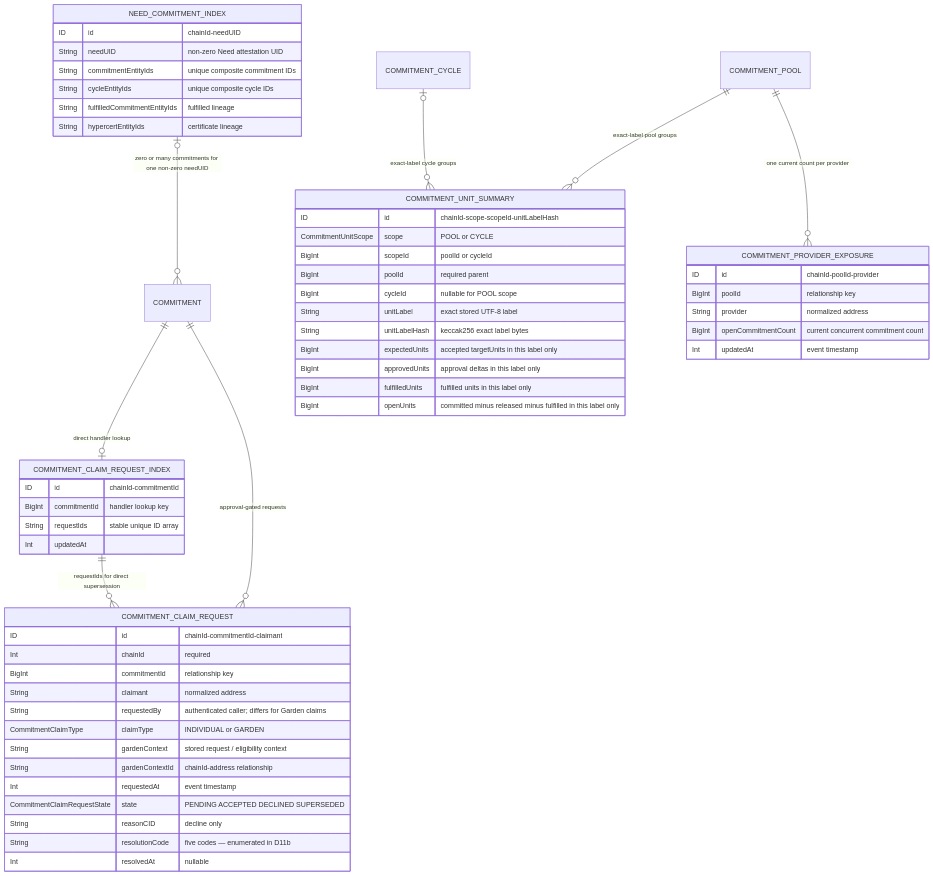
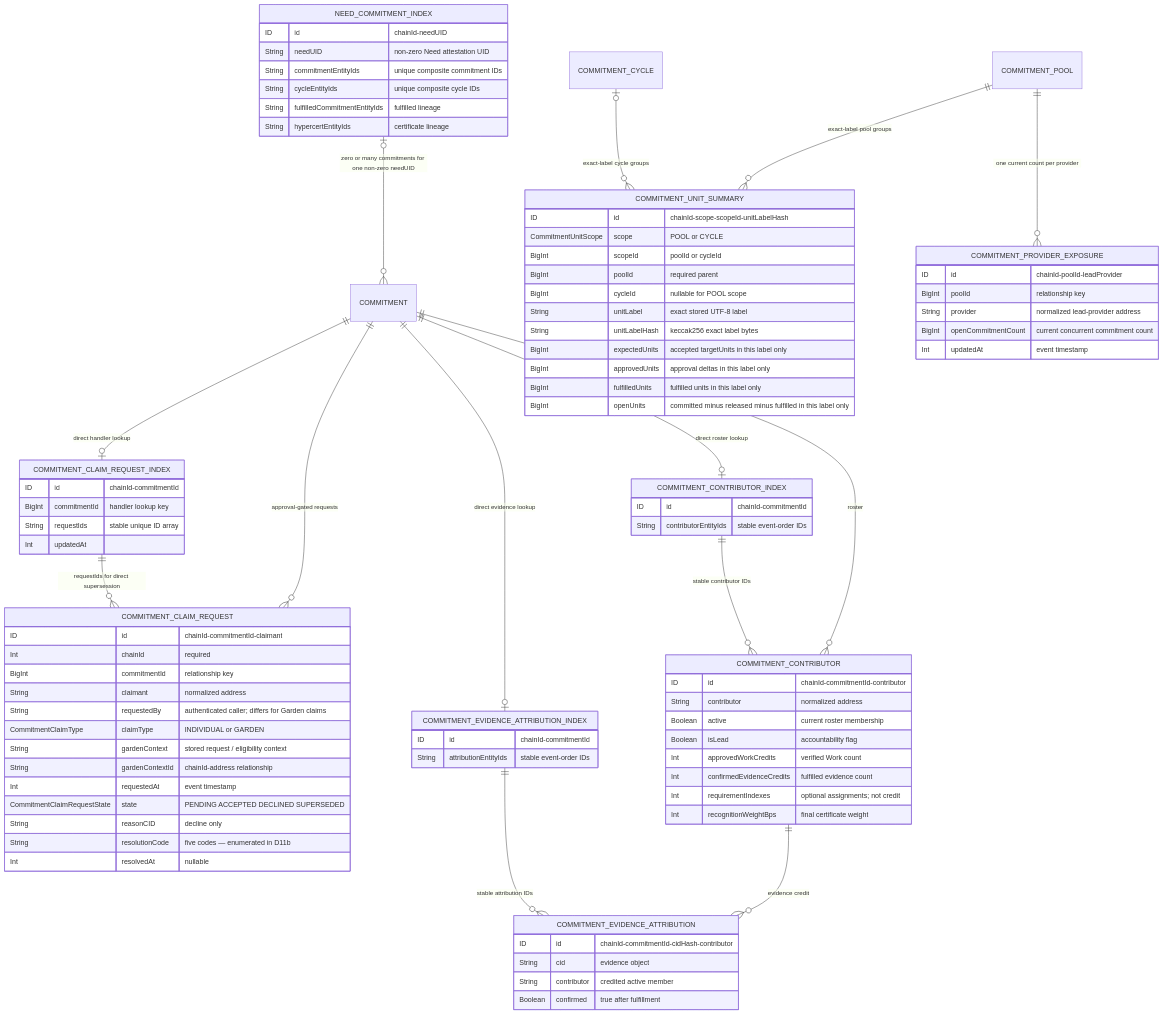
Diagram 16 of 35 in .plans/active/commitment-pooling/diagrams.md (greenpill-dev-guild/green-goods), drawn with Mermaid before and after one commit. The commit also changed other lines of this file and 40 other files, not shown here.

```diff
--- a/.plans/active/commitment-pooling/diagrams.md
+++ b/.plans/active/commitment-pooling/diagrams.md
@@ -764,6 +767,12 @@
   COMMITMENT_POOL ||--o{ COMMITMENT_UNIT_SUMMARY : "exact-label pool groups"
   COMMITMENT_CYCLE |o--o{ COMMITMENT_UNIT_SUMMARY : "exact-label cycle groups"
   COMMITMENT_POOL ||--o{ COMMITMENT_PROVIDER_EXPOSURE : "one current count per provider"
+  COMMITMENT ||--o{ COMMITMENT_CONTRIBUTOR : "roster"
+  COMMITMENT ||--o| COMMITMENT_CONTRIBUTOR_INDEX : "direct roster lookup"
+  COMMITMENT_CONTRIBUTOR_INDEX ||--o{ COMMITMENT_CONTRIBUTOR : "stable contributor IDs"
+  COMMITMENT_CONTRIBUTOR ||--o{ COMMITMENT_EVIDENCE_ATTRIBUTION : "evidence credit"
+  COMMITMENT ||--o| COMMITMENT_EVIDENCE_ATTRIBUTION_INDEX : "direct evidence lookup"
+  COMMITMENT_EVIDENCE_ATTRIBUTION_INDEX ||--o{ COMMITMENT_EVIDENCE_ATTRIBUTION : "stable attribution IDs"
   NEED_COMMITMENT_INDEX |o--o{ COMMITMENT : "zero or many commitments for one non-zero needUID"
 
   COMMITMENT_CLAIM_REQUEST {
@@ -804,11 +813,39 @@
   }
 
   COMMITMENT_PROVIDER_EXPOSURE {
-    ID id "chainId-poolId-provider"
+    ID id "chainId-poolId-leadProvider"
     BigInt poolId "relationship key"
-    String provider "normalized address"
+    String provider "normalized lead-provider address"
     BigInt openCommitmentCount "current concurrent commitment count"
     Int updatedAt "event timestamp"
+  }
+
+  COMMITMENT_CONTRIBUTOR {
+    ID id "chainId-commitmentId-contributor"
+    String contributor "normalized address"
+    Boolean active "current roster membership"
+    Boolean isLead "accountability flag"
+    Int approvedWorkCredits "verified Work count"
+    Int confirmedEvidenceCredits "fulfilled evidence count"
+    Int requirementIndexes "optional assignments; not credit"
+    Int recognitionWeightBps "final certificate weight"
+  }
+
+  COMMITMENT_CONTRIBUTOR_INDEX {
+    ID id "chainId-commitmentId"
+    String contributorEntityIds "stable event-order IDs"
+  }
+
+  COMMITMENT_EVIDENCE_ATTRIBUTION {
+    ID id "chainId-commitmentId-cidHash-contributor"
+    String cid "evidence object"
+    String contributor "credited active member"
+    Boolean confirmed "true after fulfillment"
+  }
+
+  COMMITMENT_EVIDENCE_ATTRIBUTION_INDEX {
+    ID id "chainId-commitmentId"
+    String attributionEntityIds "stable event-order IDs"
   }
 
   NEED_COMMITMENT_INDEX {
```
